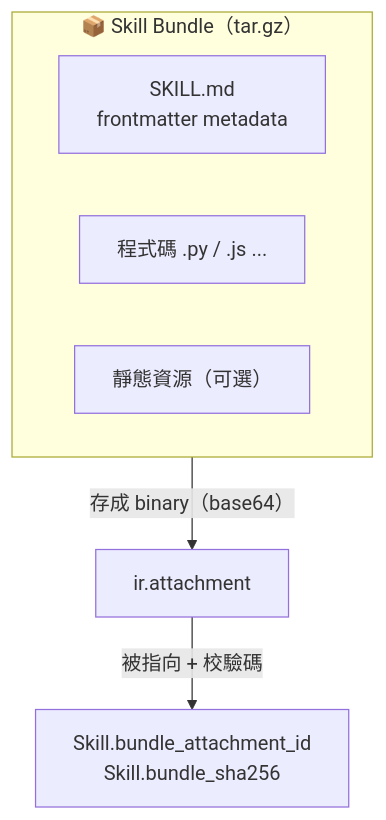
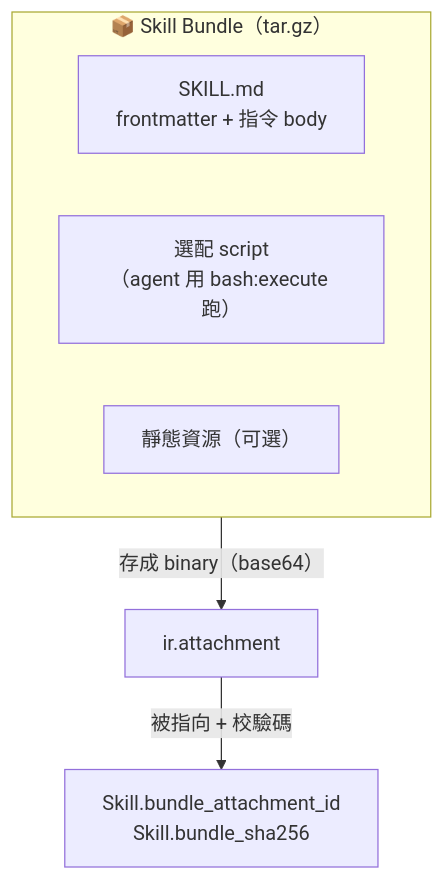
Before and after one commit to WOOWTECH/odoo-addon-woow-paas-platform: the first of 3 diagrams in docs/guides/paas-skill-system/03-skill-design.md, drawn with Mermaid. The commit also changed other lines of this file and 7 other files, not shown here.

First line of the commit message:
docs: skill 知識庫對齊 Claude Code 執行模型 + bash sidecar

````diff
--- a/docs/guides/paas-skill-system/03-skill-design.md
+++ b/docs/guides/paas-skill-system/03-skill-design.md
@@ -41,10 +51,10 @@
 ```mermaid
 graph TB
     subgraph Bundle["📦 Skill Bundle（tar.gz）"]
-        MD["SKILL.md<br/>frontmatter metadata"]
-        CODE["程式碼 .py / .js ..."]
+        MD["SKILL.md<br/>frontmatter + 指令 body"]
+        CODE["選配 script<br/>（agent 用 bash:execute 跑）"]
         ASSETS["靜態資源（可選）"]
     end
     Bundle -->|"存成 binary（base64）"| ATT["ir.attachment"]
     ATT -->|"被指向 + 校驗碼"| SK["Skill.bundle_attachment_id<br/>Skill.bundle_sha256"]
 ```
````
